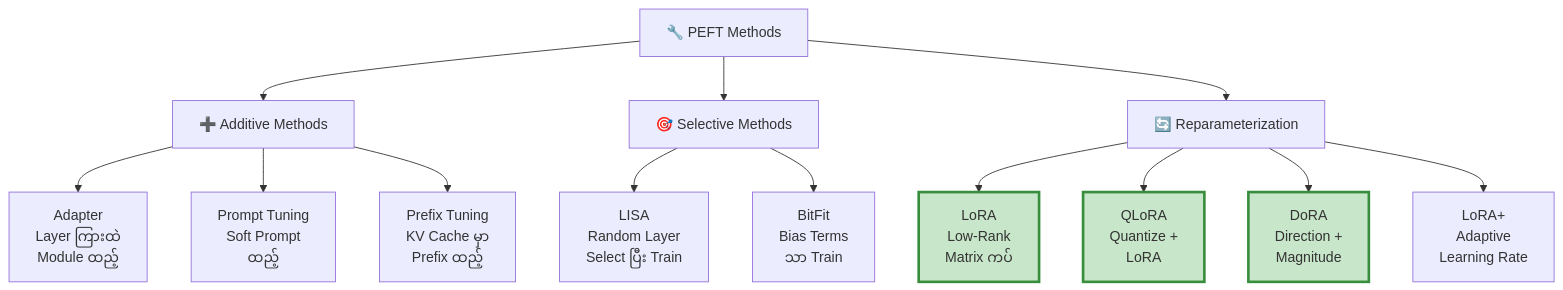
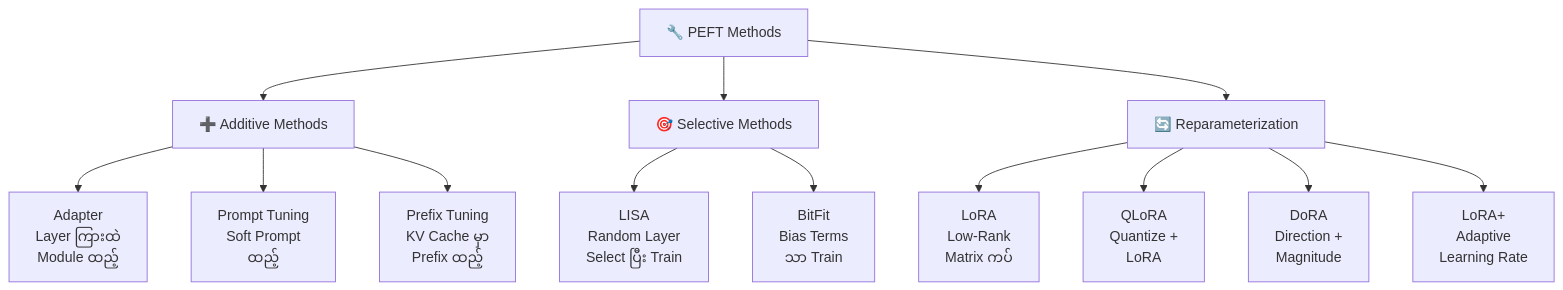
Before and after one commit to geommax/ai: the seventh of 10 diagrams in generative.ai/learning/fine_tuning/PEFT_Details.md, drawn with Mermaid. The commit also changed 8 other files, not shown here.

````diff
--- a/generative.ai/learning/fine_tuning/PEFT_Details.md
+++ b/generative.ai/learning/fine_tuning/PEFT_Details.md
@@ -344,22 +344,18 @@
 ```mermaid
 flowchart TD
     PEFT["🔧 PEFT Methods"] --> ADDITIVE["➕ Additive Methods"]
     PEFT --> SELECTIVE["🎯 Selective Methods"]
     PEFT --> REPARAMETER["🔄 Reparameterization"]
 
     ADDITIVE --> ADAPTER["Adapter<br/>Layer ကြားထဲ<br/>Module ထည့်"]
     ADDITIVE --> PROMPT["Prompt Tuning<br/>Soft Prompt<br/>ထည့်"]
     ADDITIVE --> PREFIX["Prefix Tuning<br/>KV Cache မှာ<br/>Prefix ထည့်"]
 
     SELECTIVE --> LISA["LISA<br/>Random Layer<br/>Select ပြီး Train"]
     SELECTIVE --> BITFIT["BitFit<br/>Bias Terms<br/>သာ Train"]
 
     REPARAMETER --> LORA["LoRA<br/>Low-Rank<br/>Matrix ကပ်"]
     REPARAMETER --> QLORA["QLoRA<br/>Quantize +<br/>LoRA"]
     REPARAMETER --> DORA["DoRA<br/>Direction +<br/>Magnitude"]
     REPARAMETER --> LORAPLUS["LoRA+<br/>Adaptive<br/>Learning Rate"]
-
-    style LORA fill:#c8e6c9,stroke:#388e3c,stroke-width:3px
-    style QLORA fill:#c8e6c9,stroke:#388e3c,stroke-width:3px
-    style DORA fill:#c8e6c9,stroke:#388e3c,stroke-width:3px
 ```
````
